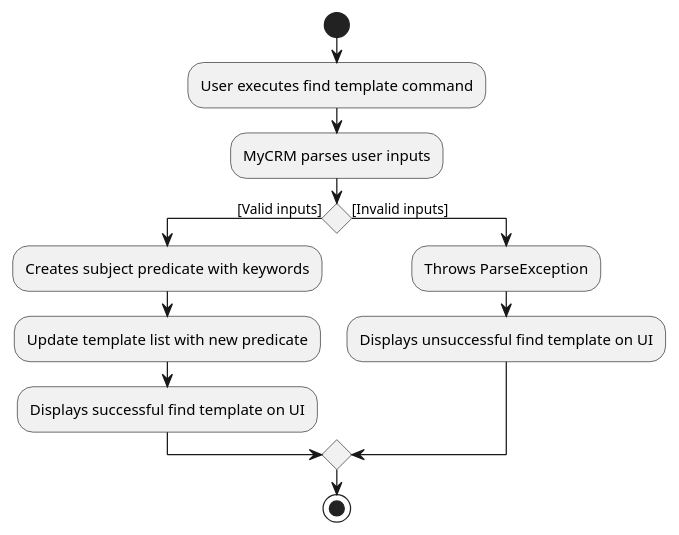
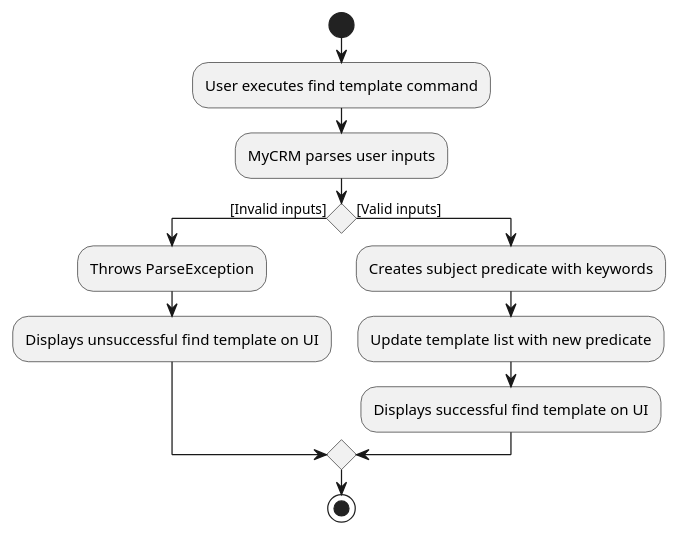
The diagram in docs/diagrams/mail/FindTemplateActivityDiagram.puml (ooawagaeri/tp), drawn with PlantUML before and after one commit. The commit also changed 14 other files, not shown here.

```diff
--- a/docs/diagrams/mail/FindTemplateActivityDiagram.puml
+++ b/docs/diagrams/mail/FindTemplateActivityDiagram.puml
@@ -1,14 +1,14 @@
 @startuml
 start
 :User executes find template command;
 :MyCRM parses user inputs;
-if () then ([Valid inputs])
+if () then ([Invalid inputs])
+    :Throws ParseException;
+    :Displays unsuccessful find template on UI;
+else ([Valid inputs])
     :Creates subject predicate with keywords;
     :Update template list with new predicate;
     :Displays successful find template on UI;
-else ([Invalid inputs])
-    :Throws ParseException;
-    :Displays unsuccessful find template on UI;
 endif
 stop
 @enduml
```
